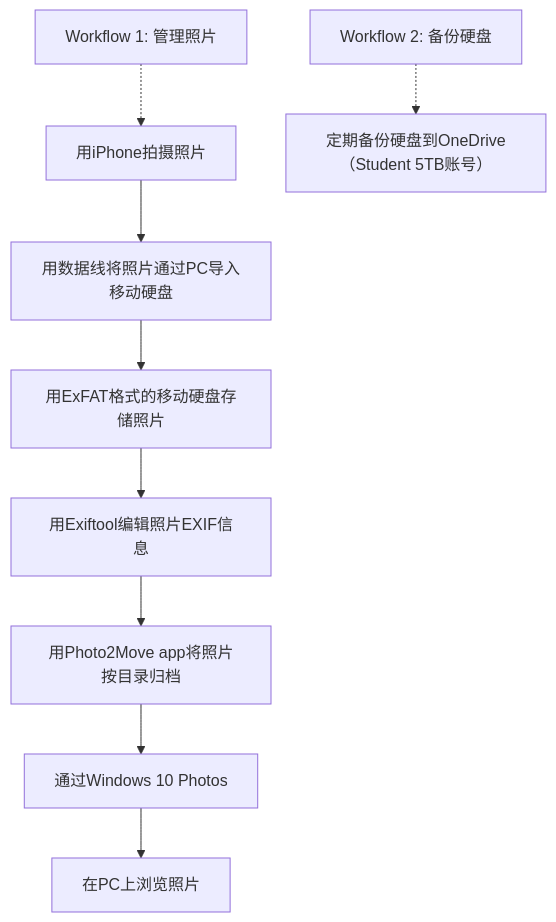
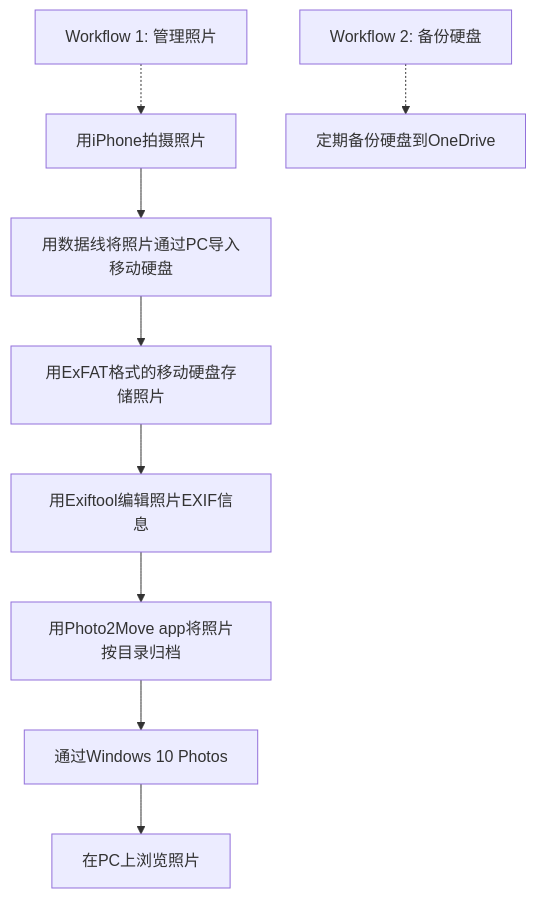
The diagram in _wiki/How-To/整理照片.md (goooooouwa/writings), drawn with Mermaid before and after one commit.

```diff
--- a/_wiki/How-To/整理照片.md
+++ b/_wiki/How-To/整理照片.md
@@ -8,17 +8,17 @@
 <div class="mermaid">
     graph TD
     T1[Workflow 1: 管理照片] -.-> E
 
     E[用iPhone拍摄照片]
     E --> G[用数据线将照片通过PC导入移动硬盘]
     G --> A[用ExFAT格式的移动硬盘存储照片]
     A --> H[用Exiftool编辑照片EXIF信息]
     H --> C[用Photo2Move app将照片按目录归档]
     C --> B[通过Windows 10 Photos]
     B --> D[在PC上浏览照片]
 
     T2[Workflow 2: 备份硬盘] -.-> I
 
-    I[定期备份硬盘到OneDrive（Student 5TB账号）]
+    I[定期备份硬盘到OneDrive]
 
 </div>
```
